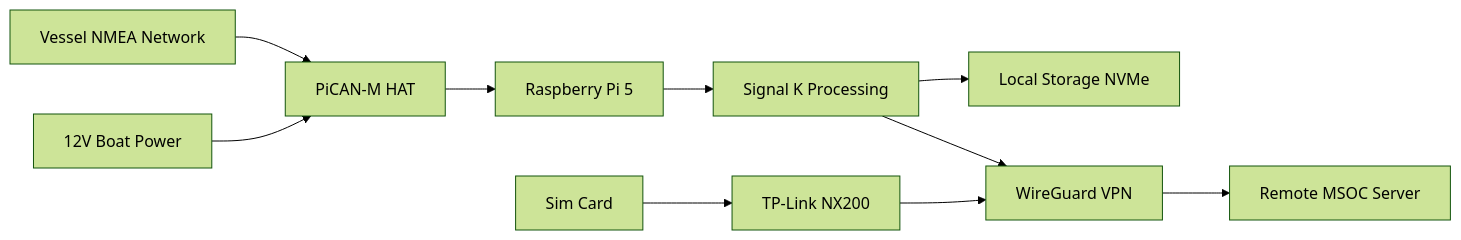
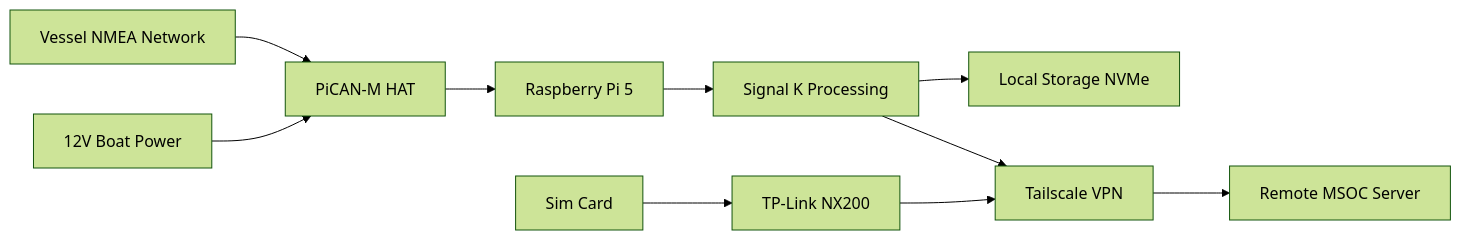
Before and after one commit to project-haris/marine-haris: the first of 2 diagrams in README.md, drawn with Mermaid (forest theme). The commit also changed other lines of this file and 18 other files, not shown here.

````diff
--- a/README.md
+++ b/README.md
@@ -67,13 +67,13 @@
 ```mermaid
 flowchart LR
     A[Vessel NMEA Network] --> B[PiCAN-M HAT]
     B --> C[Raspberry Pi 5]
     C --> D[Signal K Processing]
     D --> E[Local Storage NVMe]
-    D --> F[WireGuard VPN]
+    D --> F[Tailscale VPN]
     F --> G[Remote MSOC Server]
     
     H[12V Boat Power] --> B
     I[Sim Card] --> J[TP-Link NX200]
     J --> F
 ```
````
